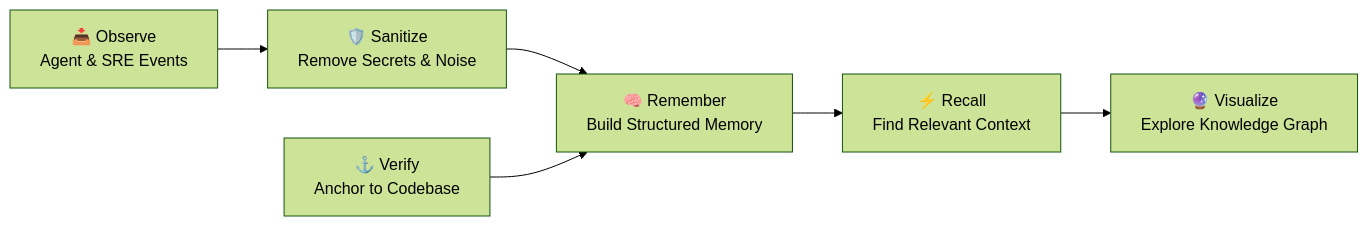
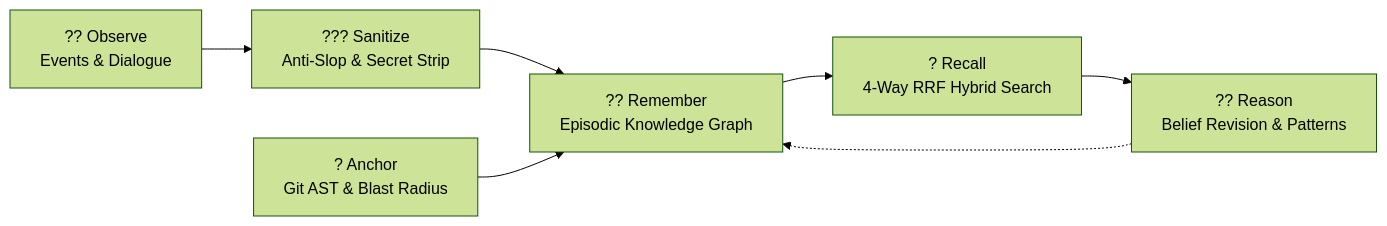
The first of 2 diagrams in README.md (lhermawan/memoriagraph), drawn with Mermaid (forest theme) before and after one commit. The commit also changed other lines of this file and 23 other files, not shown here.

````diff
--- a/README.md
+++ b/README.md
@@ -25,13 +25,14 @@
 ```mermaid
 flowchart LR
-    A["📥 Observe<br/>Agent & SRE Events"]
-    B["🛡️ Sanitize<br/>Remove Secrets & Noise"]
-    C["🧠 Remember<br/>Build Structured Memory"]
-    D["⚓ Verify<br/>Anchor to Codebase"]
-    E["⚡ Recall<br/>Find Relevant Context"]
-    F["🔮 Visualize<br/>Explore Knowledge Graph"]
+    A["?? Observe<br/>Events & Dialogue"]
+    B["??? Sanitize<br/>Anti-Slop & Secret Strip"]
+    C["?? Remember<br/>Episodic Knowledge Graph"]
+    D["? Anchor<br/>Git AST & Blast Radius"]
+    E["? Recall<br/>4-Way RRF Hybrid Search"]
+    F["?? Reason<br/>Belief Revision & Patterns"]
 
     A --> B --> C
     D --> C
     C --> E --> F
+    F -.-> C
 ```
````
